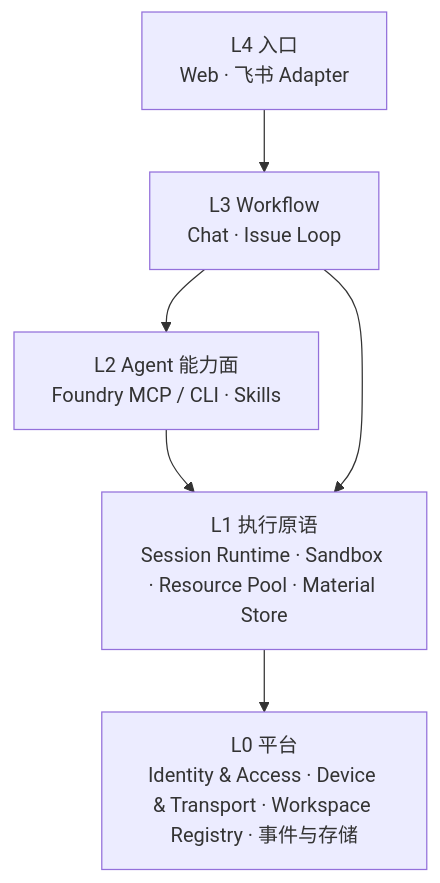
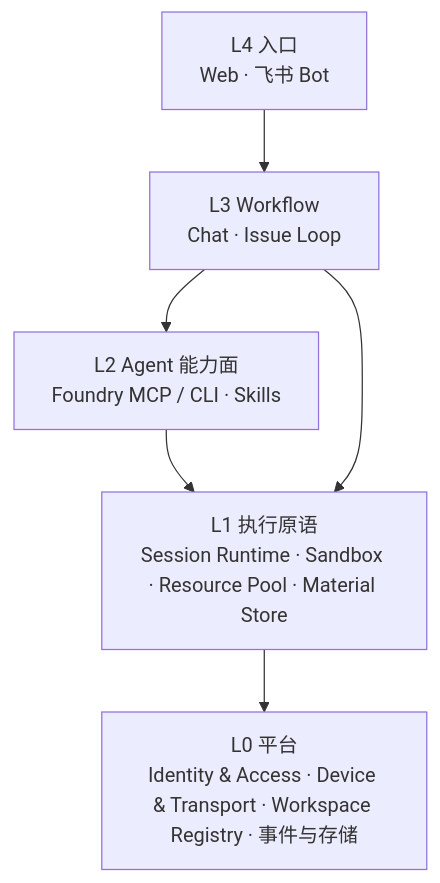
One commit to BD777/foundry changed the first of 2 diagrams in docs/architecture-modules.md. Above: the diagram before and after it, drawn with Mermaid. The commit also changed other lines of this file and 150 other files, not shown here.

````diff
--- a/docs/architecture-modules.md
+++ b/docs/architecture-modules.md
@@ -44,10 +45,10 @@
 ```mermaid
 flowchart TB
-    L4["L4 入口<br/>Web · 飞书 Adapter"]
+    L4["L4 入口<br/>Web · 飞书 Bot"]
     L3["L3 Workflow<br/>Chat · Issue Loop"]
     L2["L2 Agent 能力面<br/>Foundry MCP / CLI · Skills"]
     L1["L1 执行原语<br/>Session Runtime · Sandbox · Resource Pool · Material Store"]
     L0["L0 平台<br/>Identity & Access · Device & Transport · Workspace Registry · 事件与存储"]
     L4 --> L3 --> L2 --> L1 --> L0
     L3 --> L1
 ```
````
